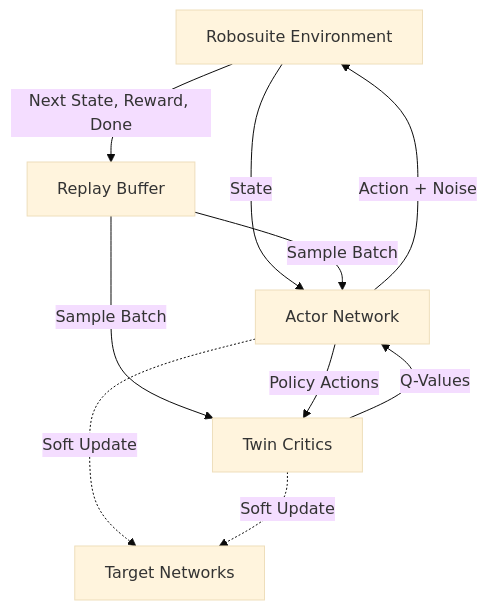
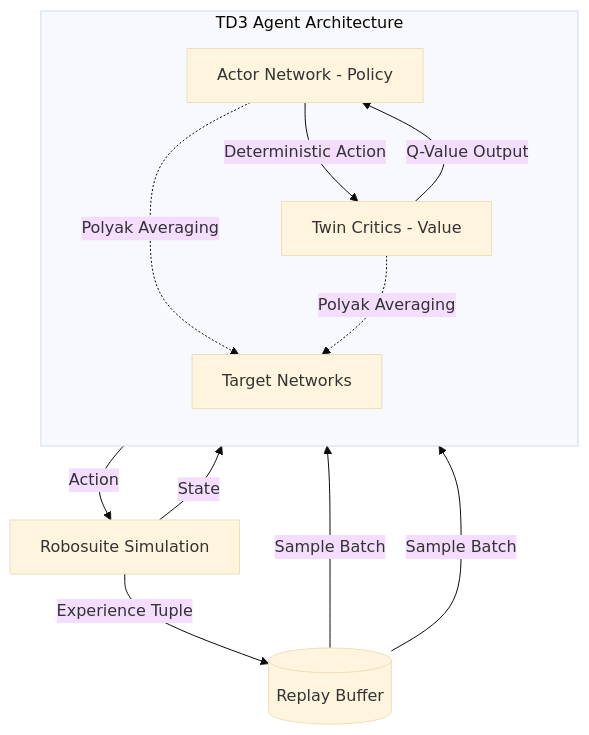
Before and after one commit to Omkarkkale/Autonomous-Robotic-Arm-Control-using-Reinforcement-Learning: the diagram in README.md, drawn with Mermaid (base theme).

Commit message:
Docs: Update architecture diagram to professional standard

````diff
--- a/README.md
+++ b/README.md
@@ -91,26 +91,32 @@
 ```mermaid
 graph TD
-    %% Entities
-    Env[Robosuite Environment]
-    Buffer[Replay Buffer]
-    Actor[Actor Network]
-    Critic[Twin Critics]
-    Target[Target Networks]
+    %% NODES
+    Env[Robosuite Simulation]
+    Buffer[(Replay Buffer)]
 
-    %% Interaction Loop
+    subgraph TD3_Agent [TD3 Agent Architecture]
+        direction TB
+        Actor[Actor Network - Policy]
+        Critic[Twin Critics - Value]
+        Target[Target Networks]
+    end
+
+    %% FLOWS
+    
+    %% Interaction
     Env -->|State| Actor
-    Actor -->|Action + Noise| Env
-    Env -->|Next State, Reward, Done| Buffer
+    Actor -->|Action| Env
+    Env -->|Experience Tuple| Buffer
 
-    %% Training Loop
+    %% Training
+    Buffer -->|Sample Batch| Critic
     Buffer -->|Sample Batch| Actor
-    Buffer -->|Sample Batch| Critic
+
+    %% Optimization
+    Actor -->|Deterministic Action| Critic
+    Critic -->|Q-Value Output| Actor
     
-    %% Updates
-    Actor -->|Policy Actions| Critic
-    Critic -->|Q-Values| Actor
-    
-    %% Target Sync
-    Actor -.->|Soft Update| Target
-    Critic -.->|Soft Update| Target
+    %% Stability
+    Actor -.->|Polyak Averaging| Target
+    Critic -.->|Polyak Averaging| Target
 ```
````
